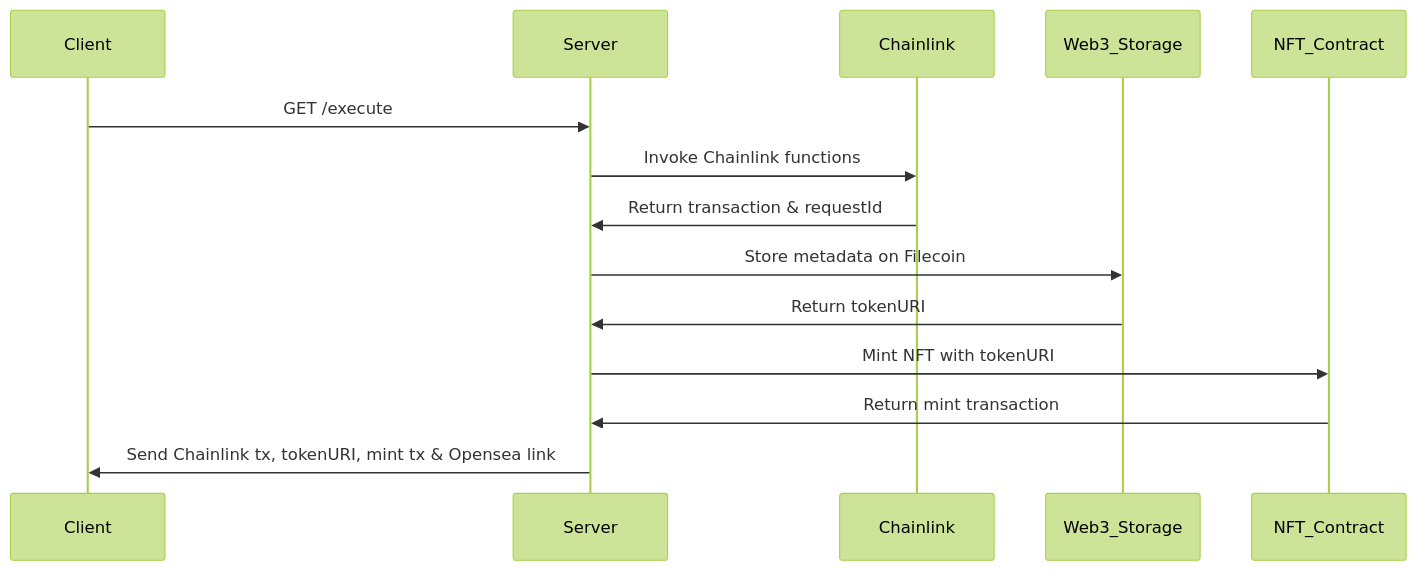
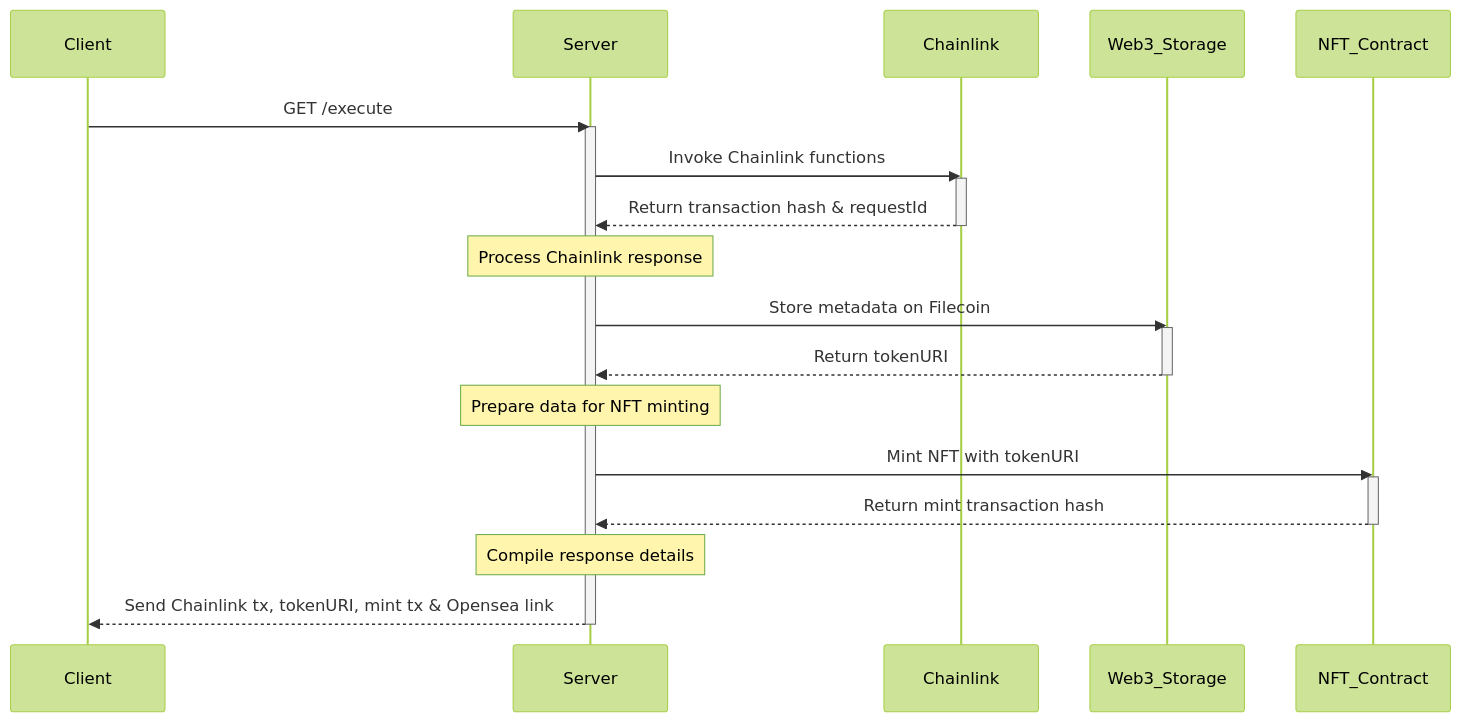
Before and after one commit to ByungHeonLEE/NoFakeChain: the diagram in README.md, drawn with Mermaid (forest theme). The commit also changed other lines of this file, not shown here.

Commit message:
docs: add read me

````diff
--- a/README.md
+++ b/README.md
@@ -40,17 +65,36 @@
 ```mermaid
 sequenceDiagram
     participant Client
     participant Server
     participant Chainlink
     participant Web3_Storage
     participant NFT_Contract
 
     Client->>Server: GET /execute
+    activate Server
+
     Server->>Chainlink: Invoke Chainlink functions
-    Chainlink->>Server: Return transaction & requestId
+    activate Chainlink
+    Chainlink-->>Server: Return transaction hash & requestId
+    deactivate Chainlink
+
+    note over Server: Process Chainlink response
+
     Server->>Web3_Storage: Store metadata on Filecoin
-    Web3_Storage->>Server: Return tokenURI
+    activate Web3_Storage
+    Web3_Storage-->>Server: Return tokenURI
+    deactivate Web3_Storage
+
+    note over Server: Prepare data for NFT minting
+
     Server->>NFT_Contract: Mint NFT with tokenURI
-    NFT_Contract->>Server: Return mint transaction
-    Server->>Client: Send Chainlink tx, tokenURI, mint tx & Opensea link
+    activate NFT_Contract
+    NFT_Contract-->>Server: Return mint transaction hash
+    deactivate NFT_Contract
+
+    note over Server: Compile response details
+
+    Server-->>Client: Send Chainlink tx, tokenURI, mint tx & Opensea link
+    deactivate Server
+
 ```
````
